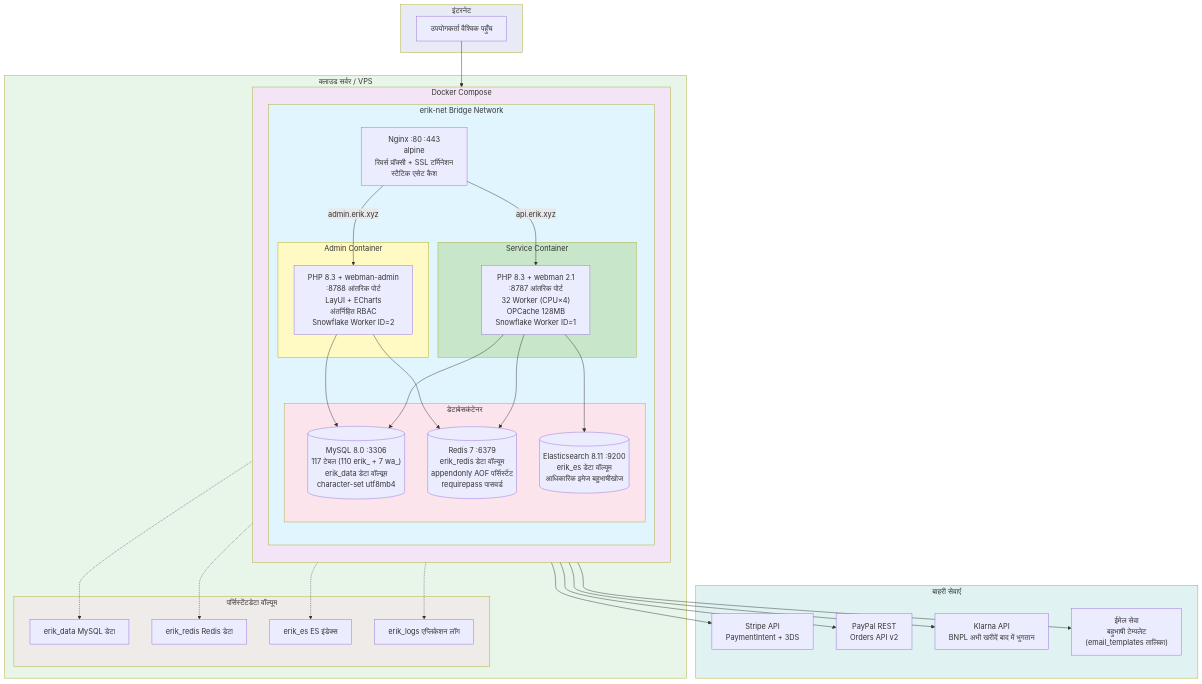
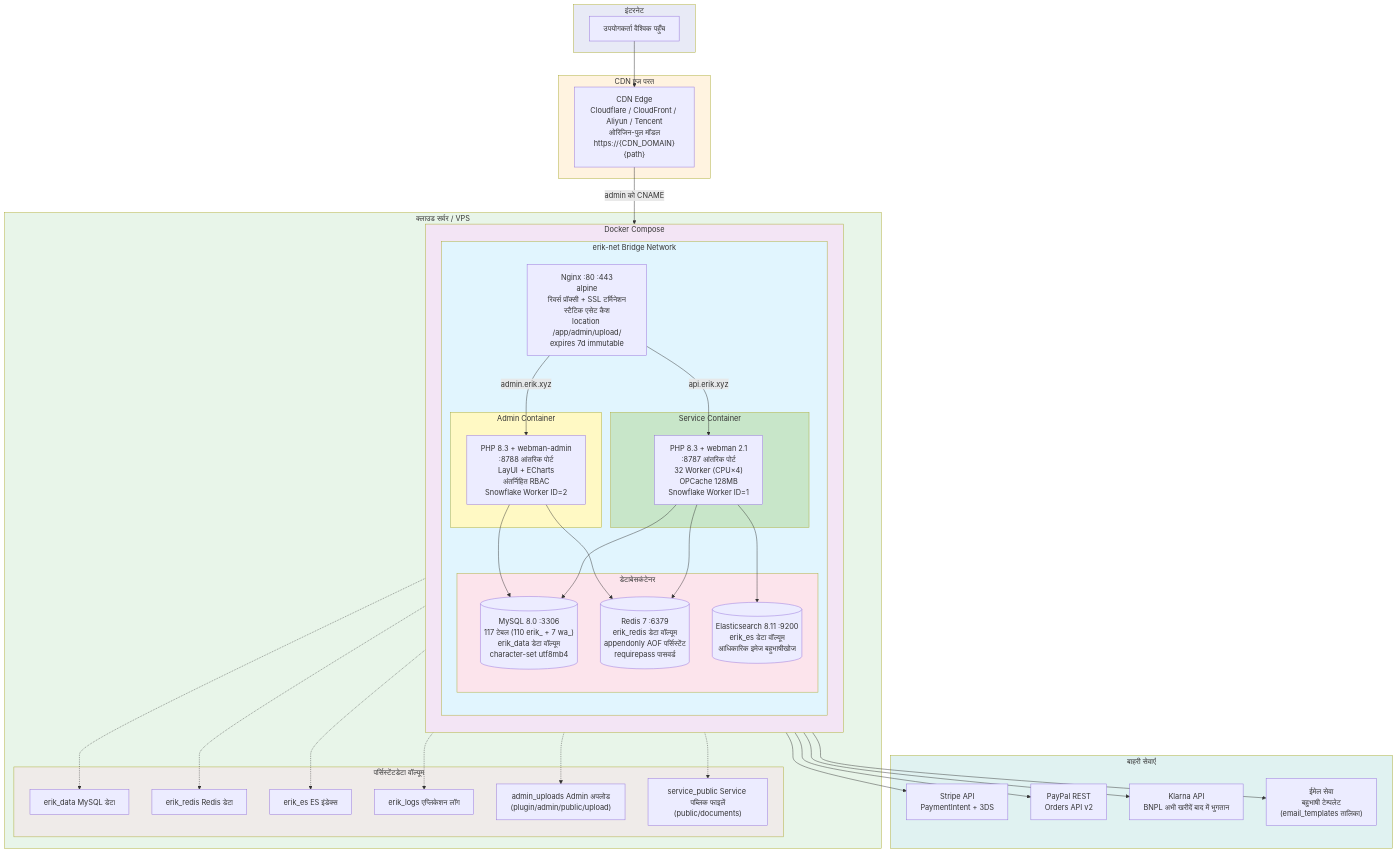
The diagram in docs/i18n/hi/diagrams/06-deployment-architecture.mmd (erikwang2013/erik-shop), drawn with Mermaid before and after one commit. The commit also changed 191 other files, not shown here.

First line of the commit message:
v1.2.0：CDN 内容分发接入（Origin-Pull 回源 + 四大云厂商适配 + 管理端配置/刷新/日志 + 上传持久化 + 全文档与12语言i18n同步 + Crypto 捐赠图文入库）

```diff
--- a/docs/i18n/hi/diagrams/06-deployment-architecture.mmd
+++ b/docs/i18n/hi/diagrams/06-deployment-architecture.mmd
@@ -1,71 +1,81 @@
 graph TB
     subgraph Internet["इंटरनेट"]
         User["उपयोगकर्ता वैश्विक पहुँच"]
+    end
+
+    subgraph CDN["CDN एज परत"]
+        EDGE["CDN Edge<br/>Cloudflare / CloudFront / Aliyun / Tencent<br/>ओरिजिन-पुल मॉडल<br/>https://{CDN_DOMAIN}{path}"]
     end
 
     subgraph VPS["क्लाउड सर्वर / VPS"]
         subgraph Docker["Docker Compose"]
             direction TB
 
             subgraph Net["erik-net Bridge Network"]
                 direction TB
 
-                NGX["Nginx :80 :443<br/>alpine<br/>रिवर्स प्रॉक्सी + SSL टर्मिनेशन<br/>स्टैटिक एसेट कैश"]
+                NGX["Nginx :80 :443<br/>alpine<br/>रिवर्स प्रॉक्सी + SSL टर्मिनेशन<br/>स्टैटिक एसेट कैश<br/>location /app/admin/upload/<br/>expires 7d immutable"]
 
                 subgraph PHP_Service["Service Container"]
                     SVC["PHP 8.3 + webman 2.1<br/>:8787 आंतरिक पोर्ट<br/>32 Worker (CPU×4)<br/>OPCache 128MB<br/>Snowflake Worker ID=1"]
                 end
 
                 subgraph PHP_Admin["Admin Container"]
                     ADM["PHP 8.3 + webman-admin<br/>:8788 आंतरिक पोर्ट<br/>LayUI + ECharts<br/>अंतर्निहित RBAC<br/>Snowflake Worker ID=2"]
                 end
 
                 subgraph DB["डेटाबेसकंटेनर"]
                     MYSQL[("MySQL 8.0 :3306<br/>117 टेबल (110 erik_ + 7 wa_)<br/>erik_data डेटा वॉल्यूम<br/>character-set utf8mb4")]
                     REDIS[("Redis 7 :6379<br/>erik_redis डेटा वॉल्यूम<br/>appendonly AOF पर्सिस्टेंट<br/>requirepass पासवर्ड")]
                     ES[("Elasticsearch 8.11 :9200<br/>erik_es डेटा वॉल्यूम<br/>आधिकारिक इमेज बहुभाषीखोज")]
                 end
             end
         end
 
         subgraph Volumes["पर्सिस्टेंटडेटा वॉल्यूम"]
             V1["erik_data MySQL डेटा"]
             V2["erik_redis Redis डेटा"]
             V3["erik_es ES इंडेक्स"]
             V4["erik_logs एप्लिकेशन लॉग"]
+            V5["admin_uploads Admin अपलोड<br/>(plugin/admin/public/upload)"]
+            V6["service_public Service पब्लिक फाइलें<br/>(public/documents)"]
         end
     end
 
     subgraph External["बाहरी सेवाएँ"]
         Stripe["Stripe API<br/>PaymentIntent + 3DS"]
         PayPal["PayPal REST<br/>Orders API v2"]
         Klarna["Klarna API<br/>BNPL अभी खरीदें बाद में भुगतान"]
         SMTP["ईमेल सेवा<br/>बहुभाषी टेम्पलेट<br/>(email_templates तालिका)"]
     end
 
-    User --> NGX
+    User --> EDGE
+    EDGE -->|admin को CNAME| NGX
     NGX -->|api.erik.xyz| SVC
     NGX -->|admin.erik.xyz| ADM
     SVC --> MYSQL
     SVC --> REDIS
     SVC --> ES
     SVC --> Stripe
     SVC --> PayPal
     SVC --> Klarna
     SVC --> SMTP
     ADM --> MYSQL
     ADM --> REDIS
     MYSQL -.-> V1
     REDIS -.-> V2
     ES -.-> V3
     SVC -.-> V4
+    ADM -.-> V5
+    SVC -.-> V6
 
     style Internet fill:#e8eaf6
+    style CDN fill:#fff3e0
     style VPS fill:#e8f5e9
     style Docker fill:#f3e5f5
     style Net fill:#e1f5fe
     style PHP_Service fill:#c8e6c9
     style PHP_Admin fill:#fff9c4
     style DB fill:#fce4ec
     style Volumes fill:#efebe9
     style External fill:#e0f2f1
```
